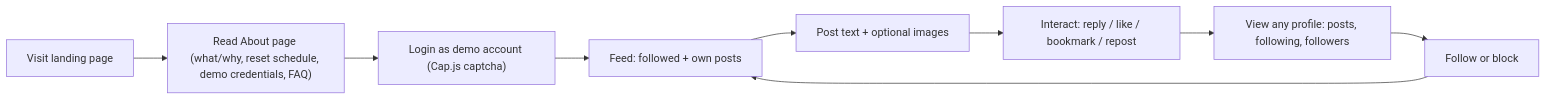
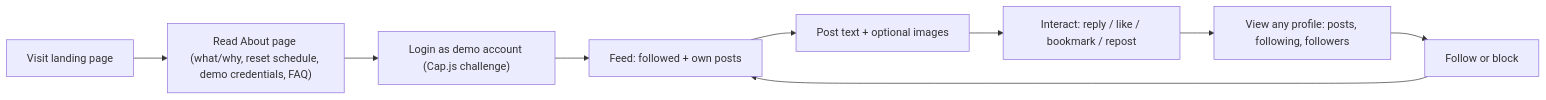
Before and after one commit to jdc-projects/xitter: the diagram in docs/specs/product/01-overview.md, drawn with Mermaid. The commit also changed 18 other files, not shown here.

````diff
--- a/docs/specs/product/01-overview.md
+++ b/docs/specs/product/01-overview.md
@@ -36,11 +36,11 @@
 ```mermaid
 flowchart LR
     A[Visit landing page] --> B["Read About page (what/why, reset schedule, demo credentials, FAQ)"]
-    B --> C["Login as demo account (Cap.js captcha)"]
+    B --> C["Login as demo account (Cap.js challenge)"]
     C --> D["Feed: followed + own posts"]
     D --> E["Post text + optional images"]
     E --> F["Interact: reply / like / bookmark / repost"]
     F --> G["View any profile: posts, following, followers"]
     G --> H[Follow or block]
     H --> D
 ```
````
